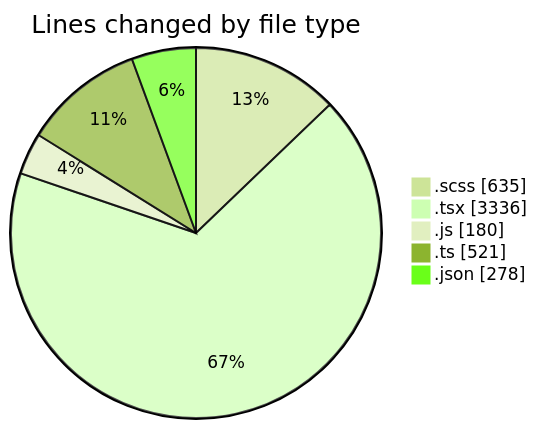
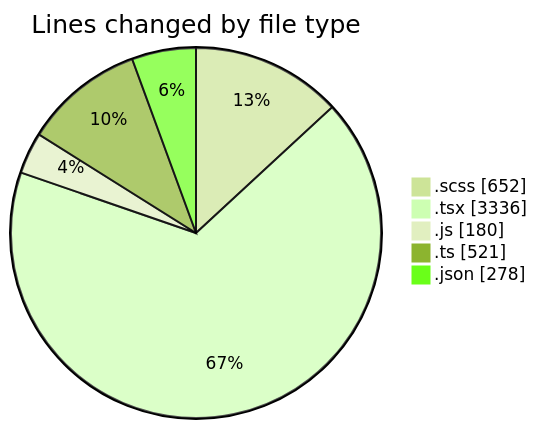
The first of 2 diagrams in 2026-08-10/cda/README.md (momahboobian/code-tracking), drawn with Mermaid (forest theme) before and after one commit. The commit also changed other lines of this file and 1 other file, not shown here.

````diff
--- a/2026-08-10/cda/README.md
+++ b/2026-08-10/cda/README.md
@@ -32,9 +32,9 @@
 ```mermaid
 pie showData
 title Lines changed by file type
-".scss" : 635
+".scss" : 652
 ".tsx" : 3336
 ".js" : 180
 ".ts" : 521
 ".json" : 278
 ```
````
